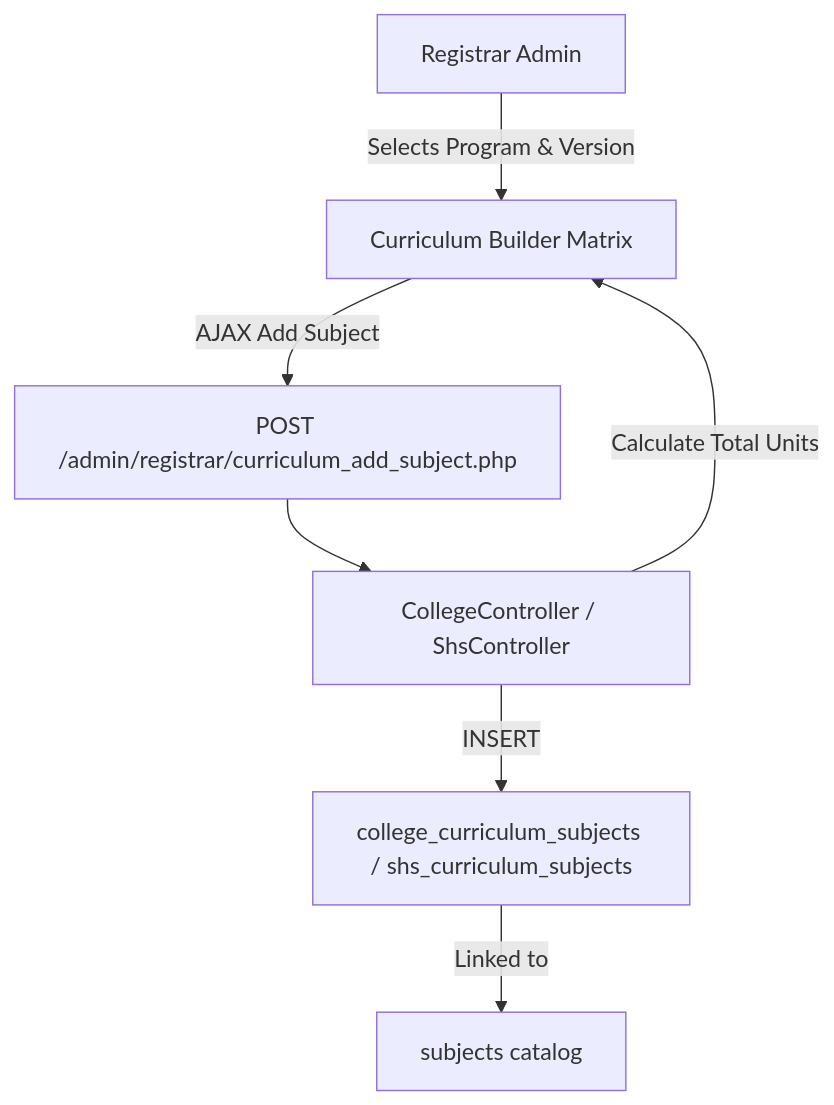
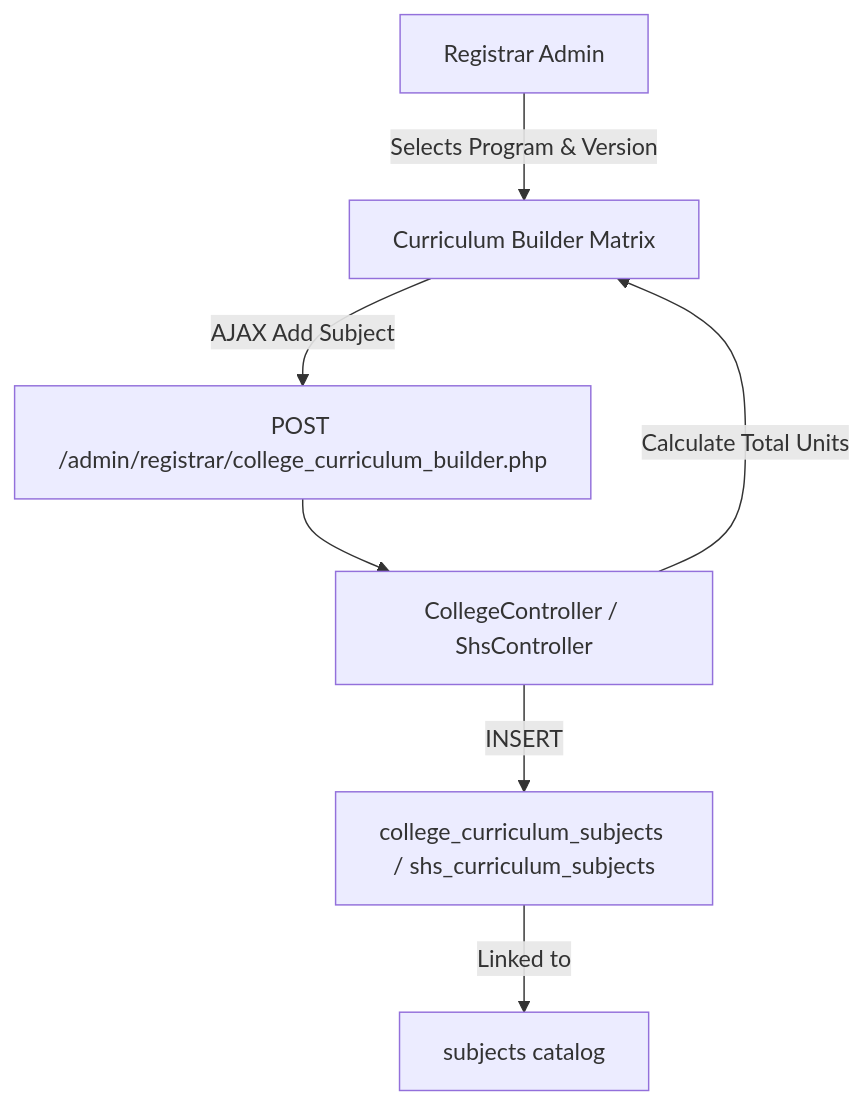
One commit to enujdanielle6-web/TTU_enrollment_system changed the first of 2 diagrams in docs/obsidian/16 - Page Relationships/07 - Registrar Admin Relationship Map.md. Above: the diagram before and after it, drawn with Mermaid. The commit also changed other lines of this file and 93 other files, not shown here.

````diff
--- a/docs/obsidian/16 - Page Relationships/07 - Registrar Admin Relationship Map.md
+++ b/docs/obsidian/16 - Page Relationships/07 - Registrar Admin Relationship Map.md
@@ -92,9 +106,9 @@
 ```mermaid
 flowchart TD
     Admin[Registrar Admin] -->|Selects Program & Version| BuilderUI[Curriculum Builder Matrix]
-    BuilderUI -->|AJAX Add Subject| Endpoint[POST /admin/registrar/curriculum_add_subject.php]
+    BuilderUI -->|AJAX Add Subject| Endpoint[POST /admin/registrar/college_curriculum_builder.php]
     Endpoint --> Controller[CollegeController / ShsController]
     Controller -->|INSERT| CCS[college_curriculum_subjects / shs_curriculum_subjects]
     CCS -->|Linked to| Sub[subjects catalog]
     Controller -->|Calculate Total Units| BuilderUI
 ```
````
